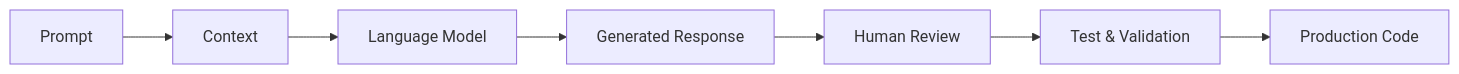
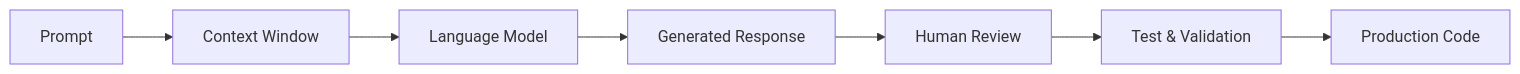
Before and after one commit to ashwinkrpi/ai-assisted-development-book: the diagram in chapters/01-foundations/03-understanding-large-language-models.md, drawn with Mermaid. The commit also changed other lines of this file and 65 other files, not shown here.

````diff
--- a/chapters/01-foundations/03-understanding-large-language-models.md
+++ b/chapters/01-foundations/03-understanding-large-language-models.md
@@ -128,9 +200,9 @@
 ```mermaid
 flowchart LR
-A[Prompt] --> B[Context]
+A[Prompt] --> B[Context Window]
 B --> C[Language Model]
 C --> D[Generated Response]
 D --> E[Human Review]
 E --> F[Test & Validation]
 F --> G[Production Code]
 ```
````
